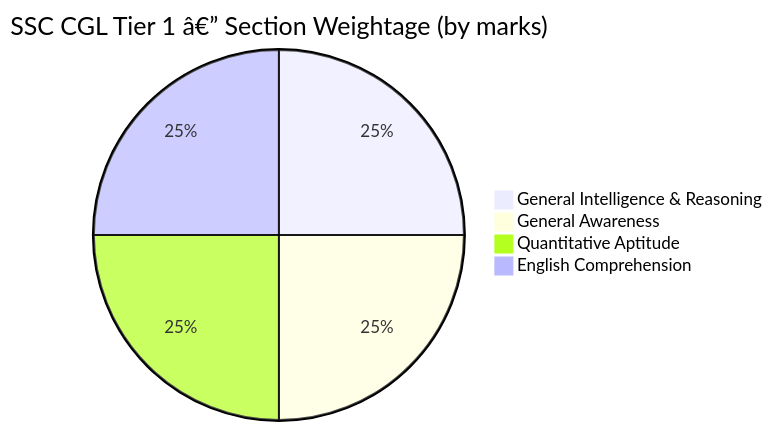
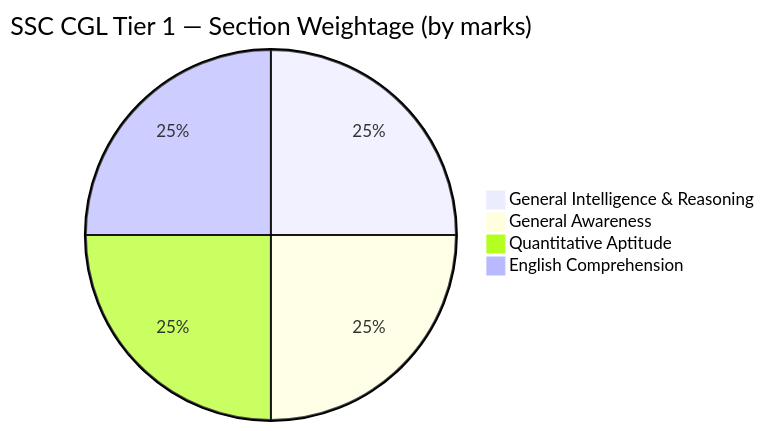
Before and after one commit to Raushan666java/ai-engineering-journey: the diagram in docs/courses/mock-tests/05-ssc-cgl-tier1.md, drawn with Mermaid. The commit also changed other lines of this file and 965 other files, not shown here.

````diff
--- a/docs/courses/mock-tests/05-ssc-cgl-tier1.md
+++ b/docs/courses/mock-tests/05-ssc-cgl-tier1.md
@@ -41,7 +41,7 @@
 ```mermaid
-pie title SSC CGL Tier 1 â€” Section Weightage (by marks)
+pie title SSC CGL Tier 1 — Section Weightage (by marks)
     "General Intelligence & Reasoning" : 50
     "General Awareness" : 50
     "Quantitative Aptitude" : 50
     "English Comprehension" : 50
 ```
````
